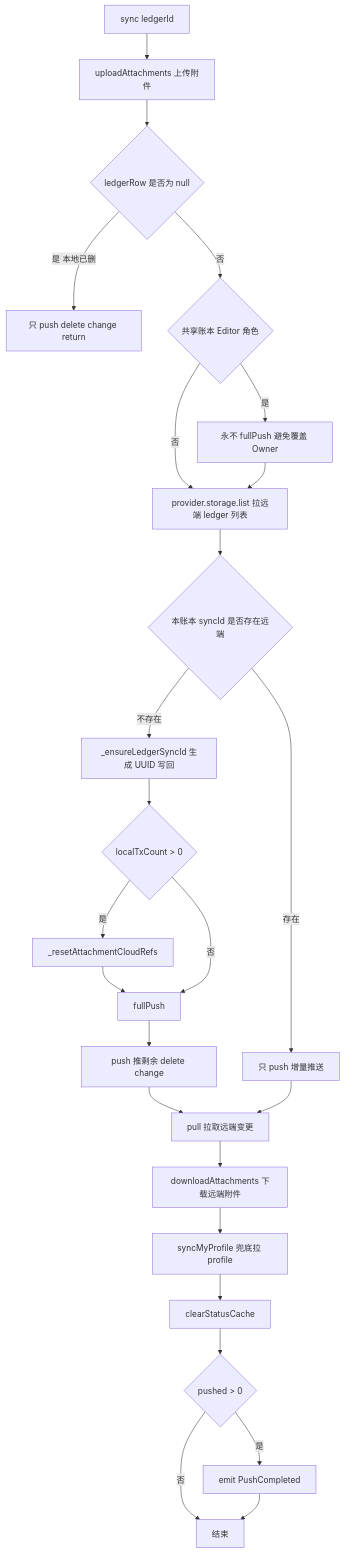
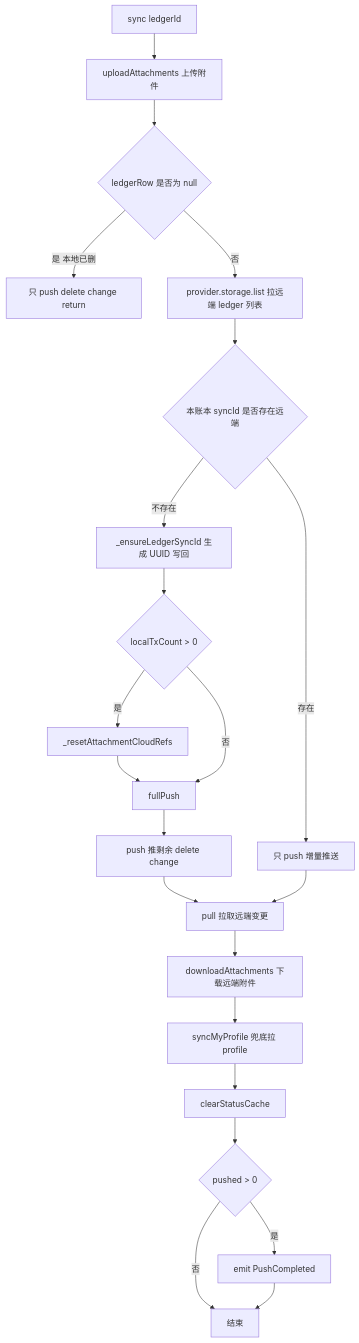
The eighth of 9 diagrams in docoments/06-data-sync-and-offline.md (mecoren/PiggyCount), drawn with Mermaid before and after one commit. The commit also changed other lines of this file and 11 other files, not shown here.

````diff
--- a/docoments/06-data-sync-and-offline.md
+++ b/docoments/06-data-sync-and-offline.md
@@ -547,27 +538,24 @@
 ```mermaid
 flowchart TD
     A[sync ledgerId] --> B[uploadAttachments 上传附件]
     B --> C{ledgerRow 是否为 null}
     C -->|是 本地已删| D[只 push delete change return]
-    C -->|否| E{共享账本 Editor 角色}
-    E -->|是| F[永不 fullPush 避免覆盖 Owner]
-    E -->|否| G[provider.storage.list 拉远端 ledger 列表]
-    F --> G
+    C -->|否| G[provider.storage.list 拉远端 ledger 列表]
     G --> H{本账本 syncId 是否存在远端}
     H -->|不存在| I[_ensureLedgerSyncId 生成 UUID 写回]
     I --> J{localTxCount > 0}
     J -->|是| K[_resetAttachmentCloudRefs]
     K --> L[fullPush]
     J -->|否| L
     L --> M[push 推剩余 delete change]
     H -->|存在| N[只 push 增量推送]
     M --> O[pull 拉取远端变更]
     N --> O
     O --> P[downloadAttachments 下载远端附件]
     P --> Q[syncMyProfile 兜底拉 profile]
     Q --> R[clearStatusCache]
     R --> S{pushed > 0}
     S -->|是| T[emit PushCompleted]
     S -->|否| U[结束]
     T --> U
 ```
````
